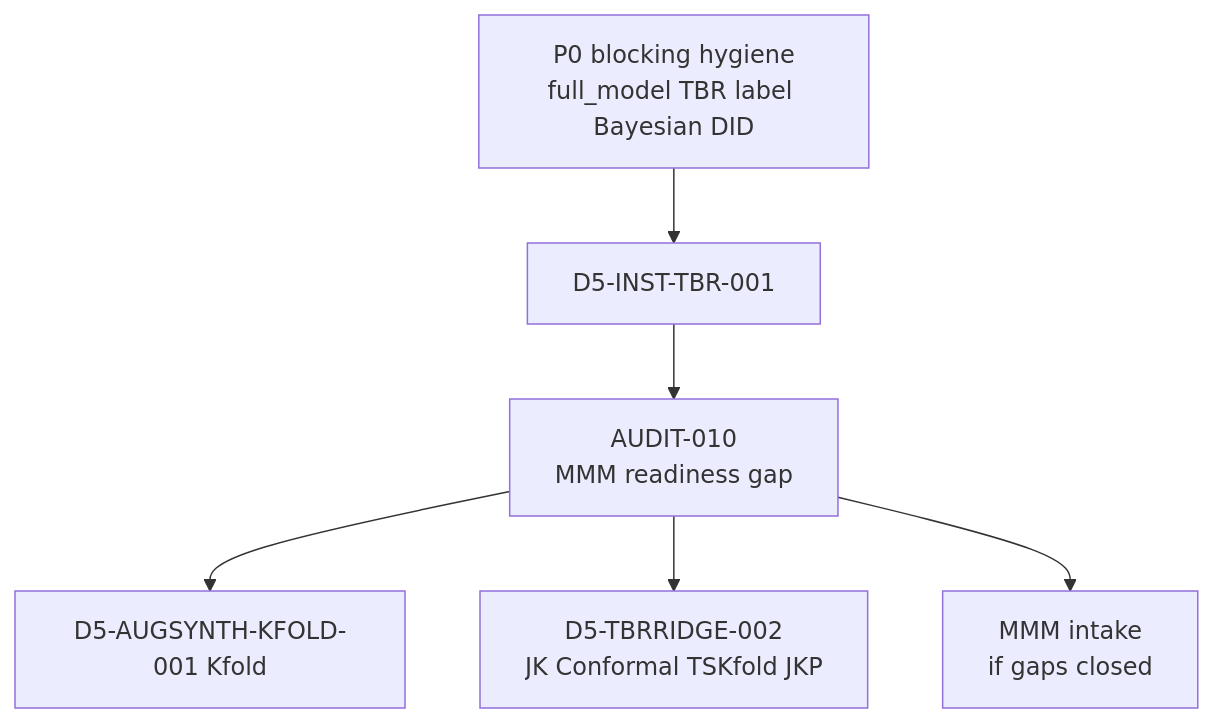
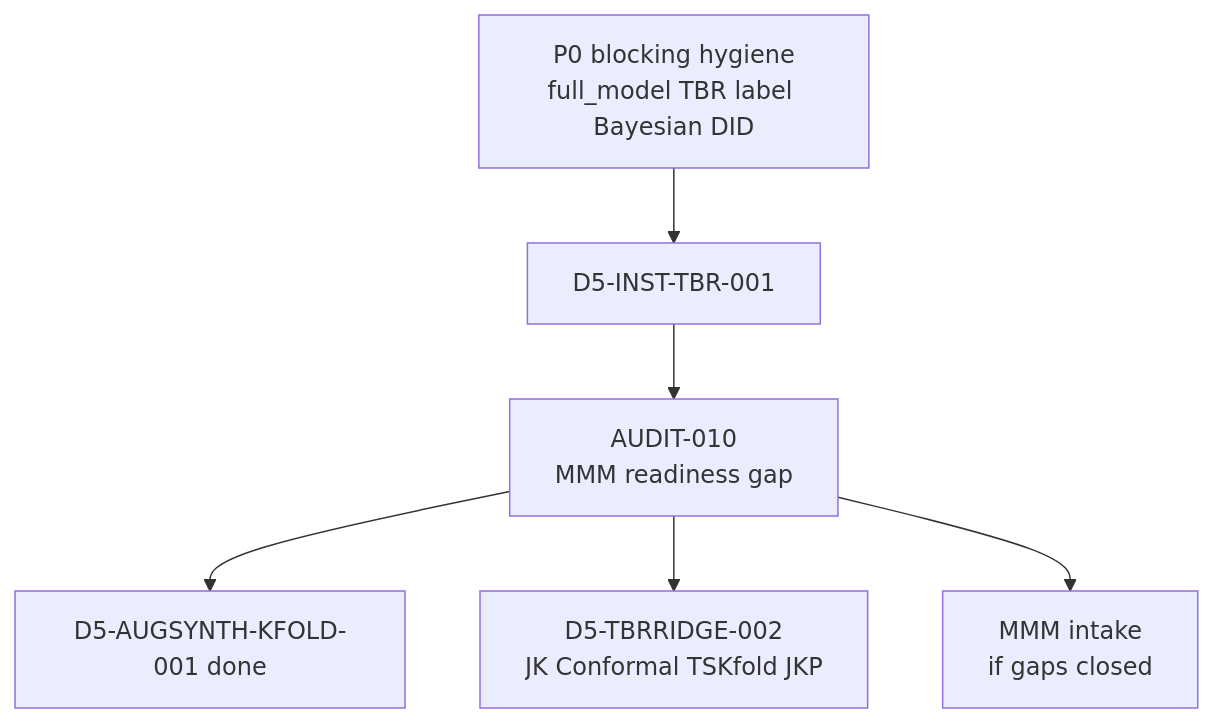
The second of 2 diagrams in docs/TRACK_F_ESTIMATOR_INFERENCE_COMPLETION_PLAN_001.md (Phani-Pavuluri/panel_exp), drawn with Mermaid before and after one commit. The commit also changed other lines of this file and 9 other files, not shown here.

Commit message:
Add D5-INST-AUGSYNTH-KFOLD-001 characterization

````diff
--- a/docs/TRACK_F_ESTIMATOR_INFERENCE_COMPLETION_PLAN_001.md
+++ b/docs/TRACK_F_ESTIMATOR_INFERENCE_COMPLETION_PLAN_001.md
@@ -318,15 +318,15 @@
 ```mermaid
 flowchart TD
   P0[P0 blocking hygiene\nfull_model TBR label Bayesian DID]
   TBR[D5-INST-TBR-001]
   A10[AUDIT-010\nMMM readiness gap]
-  P2A[D5-AUGSYNTH-KFOLD-001 Kfold]
+  P2A[D5-AUGSYNTH-KFOLD-001 done]
   P2B[D5-TBRRIDGE-002\nJK Conformal TSKfold JKP]
   MMM[MMM intake\nif gaps closed]
 
   P0 --> TBR
   TBR --> A10
   A10 --> P2A
   A10 --> P2B
   A10 --> MMM
 ```
````
